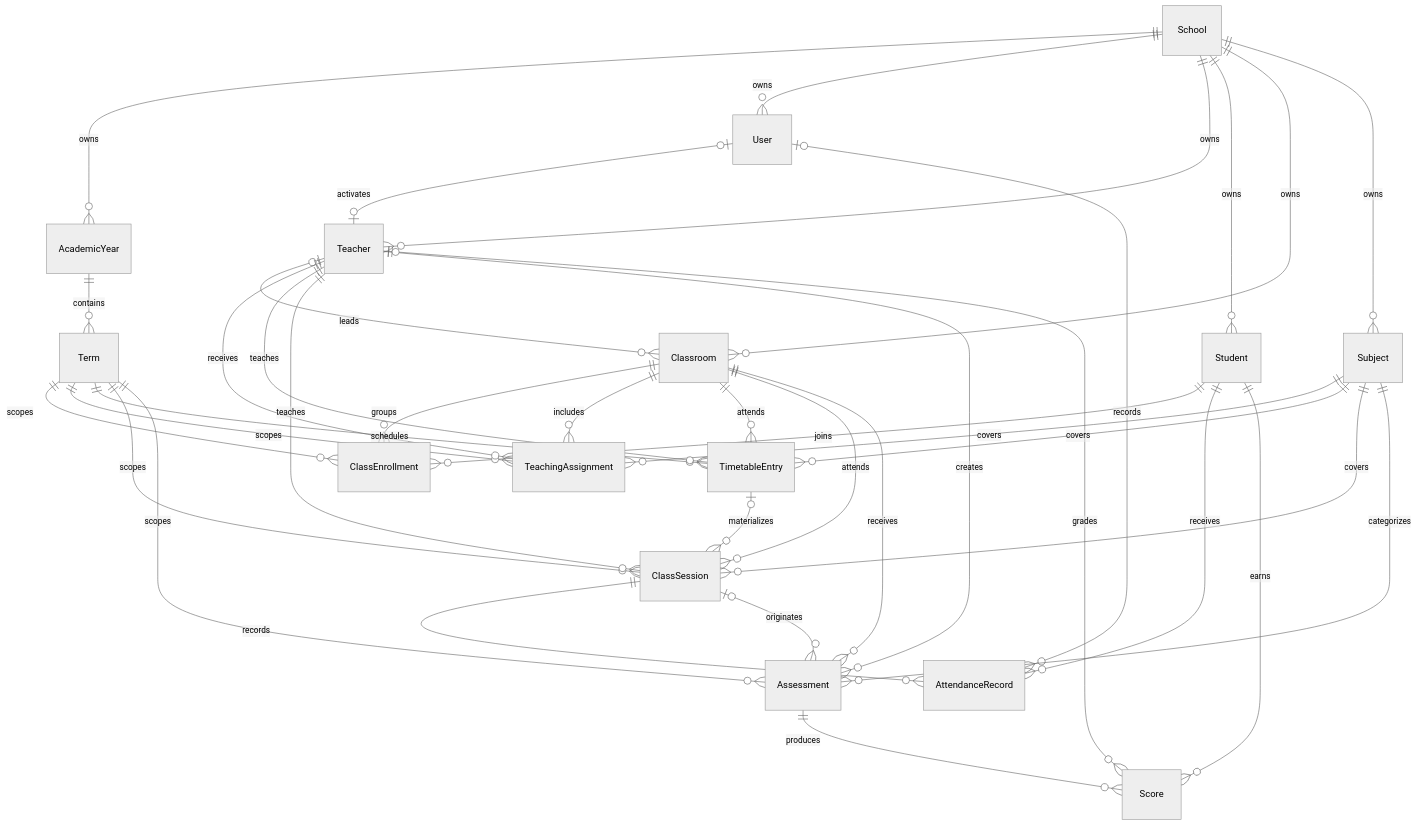
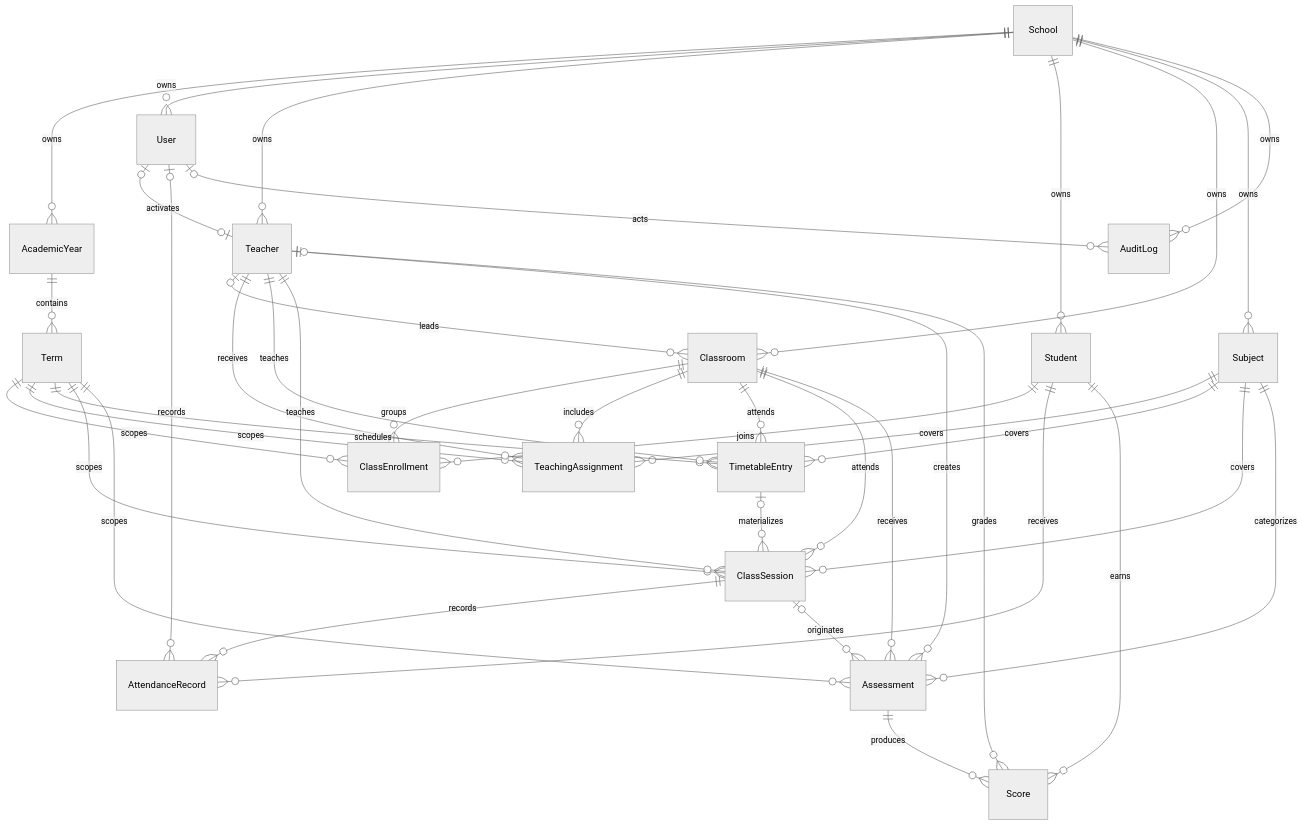
Before and after one commit to albertbestTH/classroom-os: the first of 2 diagrams in docs/architecture/data-model.md, drawn with Mermaid (neutral theme). The commit also changed other lines of this file and 35 other files, not shown here.

````diff
--- a/docs/architecture/data-model.md
+++ b/docs/architecture/data-model.md
@@ -27,46 +28,48 @@
 ```mermaid
 erDiagram
     School ||--o{ AcademicYear : owns
     School ||--o{ User : owns
     School ||--o{ Teacher : owns
     School ||--o{ Student : owns
     School ||--o{ Classroom : owns
     School ||--o{ Subject : owns
 
     AcademicYear ||--o{ Term : contains
     User o|--o| Teacher : activates
     Teacher o|--o{ Classroom : leads
 
     Term ||--o{ ClassEnrollment : scopes
     Classroom ||--o{ ClassEnrollment : groups
     Student ||--o{ ClassEnrollment : joins
 
     Term ||--o{ TeachingAssignment : scopes
     Teacher ||--o{ TeachingAssignment : receives
     Classroom ||--o{ TeachingAssignment : includes
     Subject ||--o{ TeachingAssignment : covers
 
     Term ||--o{ TimetableEntry : schedules
     Teacher ||--o{ TimetableEntry : teaches
     Classroom ||--o{ TimetableEntry : attends
     Subject ||--o{ TimetableEntry : covers
 
     TimetableEntry o|--o{ ClassSession : materializes
     Term ||--o{ ClassSession : scopes
     Teacher ||--o{ ClassSession : teaches
     Classroom ||--o{ ClassSession : attends
     Subject ||--o{ ClassSession : covers
 
     ClassSession ||--o{ AttendanceRecord : records
     Student ||--o{ AttendanceRecord : receives
     User o|--o{ AttendanceRecord : records
 
     ClassSession o|--o{ Assessment : originates
     Term ||--o{ Assessment : scopes
     Classroom ||--o{ Assessment : receives
     Subject ||--o{ Assessment : categorizes
     Teacher ||--o{ Assessment : creates
     Assessment ||--o{ Score : produces
     Student ||--o{ Score : earns
     Teacher o|--o{ Score : grades
+    School ||--o{ AuditLog : owns
+    User o|--o{ AuditLog : acts
 ```
````
